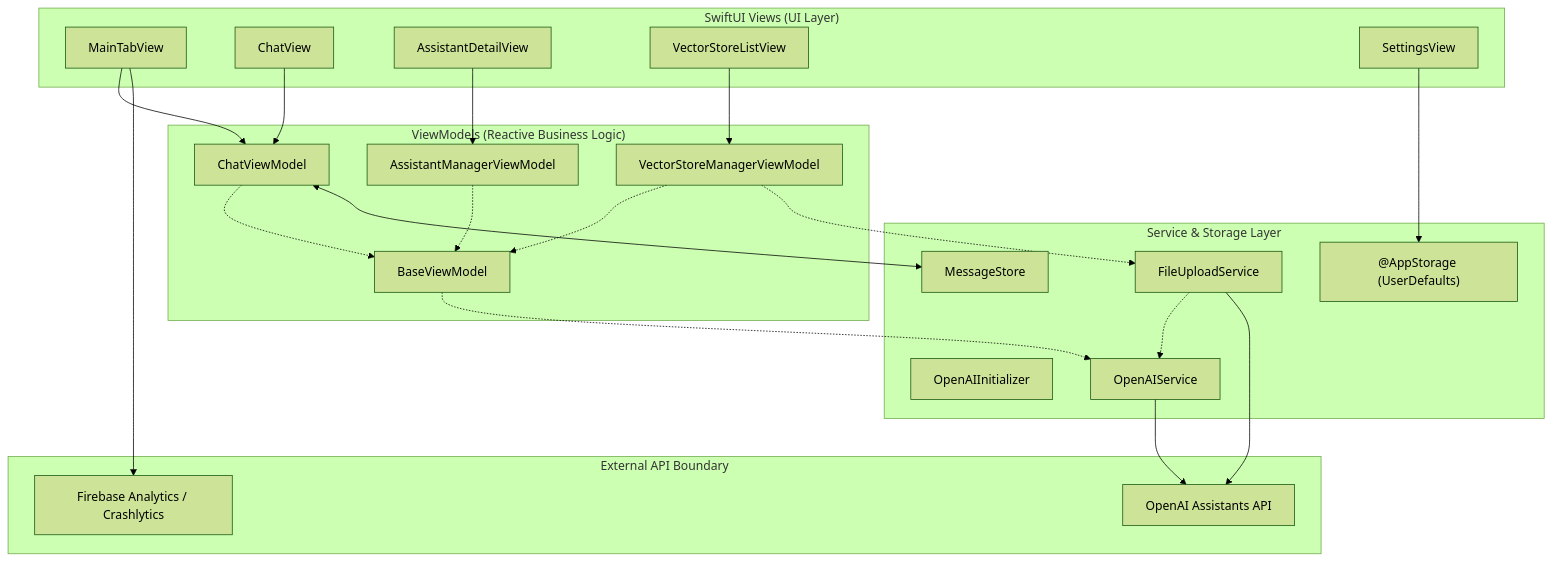
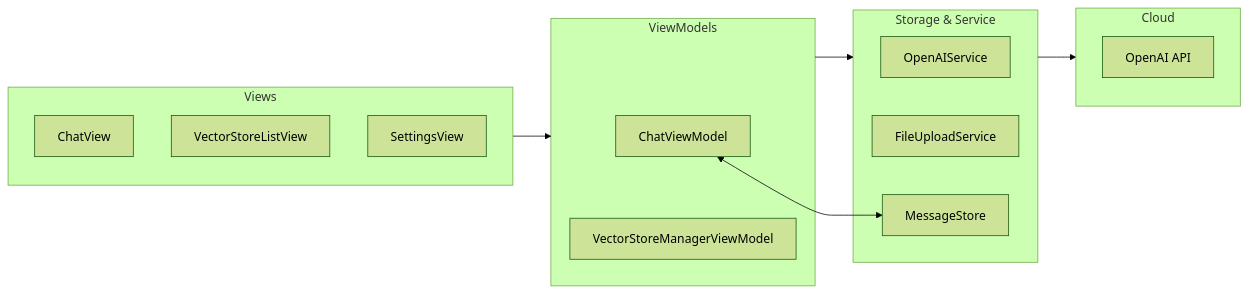
One commit to Gunnarguy/OpenAssistant changed the second of 4 diagrams in README.md. Above: the diagram before and after it, drawn with Mermaid (forest theme). The commit also changed other lines of this file and 3 other files, not shown here.

````diff
--- a/README.md
+++ b/README.md
@@ -101,51 +94,25 @@
 ```mermaid
-flowchart TD
-    subgraph UI ["SwiftUI Views (UI Layer)"]
-        V_Tab[MainTabView]
-        V_Chat[ChatView]
-        V_Asst[AssistantDetailView]
-        V_Vector[VectorStoreListView]
-        V_Settings[SettingsView]
+flowchart LR
+    subgraph UI ["Views"]
+        Chat[ChatView]
+        Vector[VectorStoreListView]
+        Settings[SettingsView]
     end
-
-    subgraph VM ["ViewModels (Reactive Business Logic)"]
-        VM_Base[BaseViewModel]
+    subgraph Logic ["ViewModels"]
         VM_Chat[ChatViewModel]
-        VM_Asst[AssistantManagerViewModel]
         VM_Vector[VectorStoreManagerViewModel]
     end
-
-    subgraph Services ["Service & Storage Layer"]
-        S_Init[OpenAIInitializer]
+    subgraph Storage ["Storage & Service"]
         S_API[OpenAIService]
         S_Upload[FileUploadService]
-        P_Message[MessageStore]
-        P_Storage["@AppStorage (UserDefaults)"]
+        P_Msg[MessageStore]
     end
-
-    subgraph Boundary ["External API Boundary"]
-        E_OpenAI[OpenAI Assistants API]
-        E_Firebase[Firebase Analytics / Crashlytics]
+    subgraph External ["Cloud"]
+        E_OpenAI[OpenAI API]
     end
-
-    %% Bindings
-    V_Tab --> VM_Chat
-    V_Chat --> VM_Chat
-    V_Asst --> VM_Asst
-    V_Vector --> VM_Vector
-    V_Settings --> P_Storage
     
-    VM_Chat -.-> VM_Base
-    VM_Asst -.-> VM_Base
-    VM_Vector -.-> VM_Base
-    
-    VM_Base -.-> S_API
-    VM_Chat <--> P_Message
-    VM_Vector -.-> S_Upload
-    S_Upload -.-> S_API
-    
-    %% API connections
-    S_API --> E_OpenAI
-    S_Upload --> E_OpenAI
-    V_Tab --> E_Firebase
+    UI --> Logic
+    Logic --> Storage
+    Storage --> External
+    VM_Chat <--> P_Msg
 ```
````
